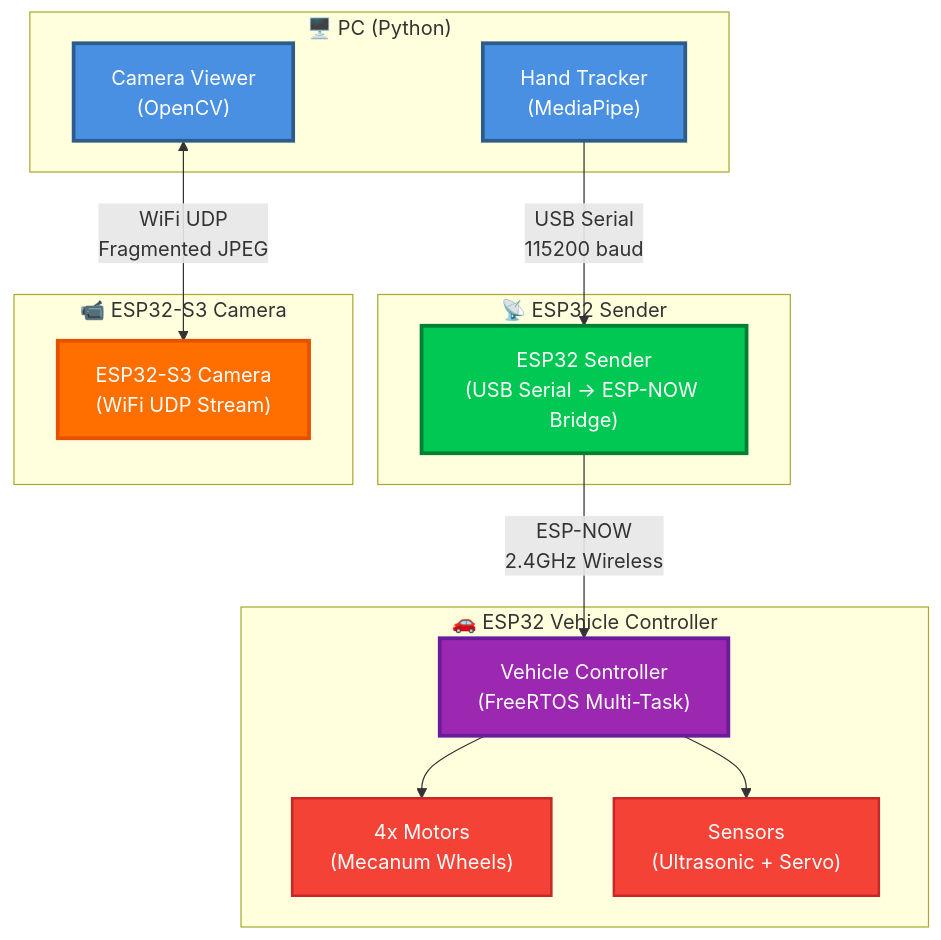
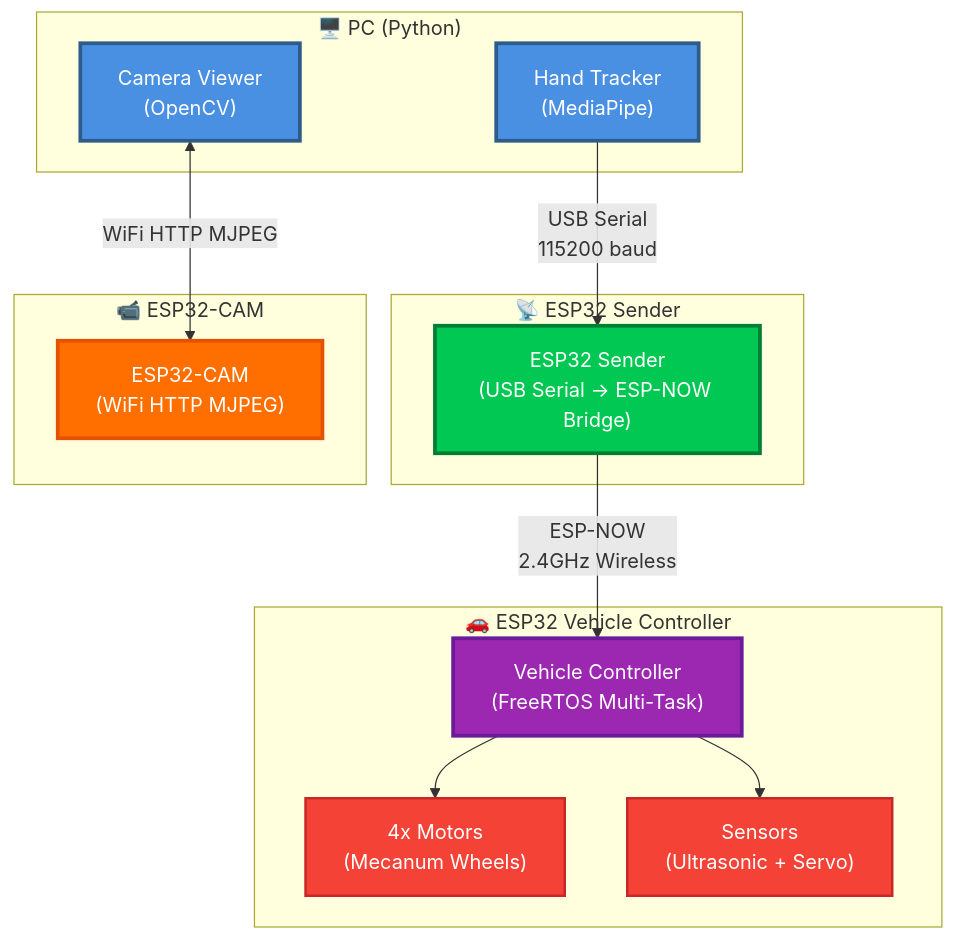
The first of 4 diagrams in README.md (Yaniv23/final-project-gesture-car), drawn with Mermaid before and after one commit. The commit also changed other lines of this file and 20 other files, not shown here.

````diff
--- a/README.md
+++ b/README.md
@@ -50,39 +43,39 @@
 ```mermaid
 graph TB
     subgraph PC["🖥️ PC (Python)"]
         HandTracker["Hand Tracker<br/>(MediaPipe)"]
         CameraViewer["Camera Viewer<br/>(OpenCV)"]
     end
     
     subgraph ESP32Sender["📡 ESP32 Sender"]
         Sender["ESP32 Sender<br/>(USB Serial → ESP-NOW Bridge)"]
     end
     
-    subgraph ESP32Camera["📹 ESP32-S3 Camera"]
-        Camera["ESP32-S3 Camera<br/>(WiFi UDP Stream)"]
+    subgraph ESP32Camera["📹 ESP32-CAM"]
+        Camera["ESP32-CAM<br/>(WiFi HTTP MJPEG)"]
     end
     
     subgraph Vehicle["🚗 ESP32 Vehicle Controller"]
         Controller["Vehicle Controller<br/>(FreeRTOS Multi-Task)"]
         Motors["4x Motors<br/>(Mecanum Wheels)"]
         Sensors["Sensors<br/>(Ultrasonic + Servo)"]
     end
     
     HandTracker -->|USB Serial<br/>115200 baud| Sender
     Sender -->|ESP-NOW<br/>2.4GHz Wireless| Controller
-    CameraViewer <-->|WiFi UDP<br/>Fragmented JPEG| Camera
+    CameraViewer <-->|WiFi HTTP MJPEG| Camera
     Controller --> Motors
     Controller --> Sensors
     
     classDef pcStyle fill:#4A90E2,stroke:#2E5C8A,stroke-width:3px,color:#fff
     classDef esp32Style fill:#00C853,stroke:#007E33,stroke-width:3px,color:#fff
     classDef cameraStyle fill:#FF6F00,stroke:#E65100,stroke-width:3px,color:#fff
     classDef vehicleStyle fill:#9C27B0,stroke:#6A1B9A,stroke-width:3px,color:#fff
     classDef hardwareStyle fill:#F44336,stroke:#C62828,stroke-width:2px,color:#fff
     
     class HandTracker,CameraViewer pcStyle
     class Sender esp32Style
     class Camera cameraStyle
     class Controller vehicleStyle
     class Motors,Sensors hardwareStyle
 ```
````
